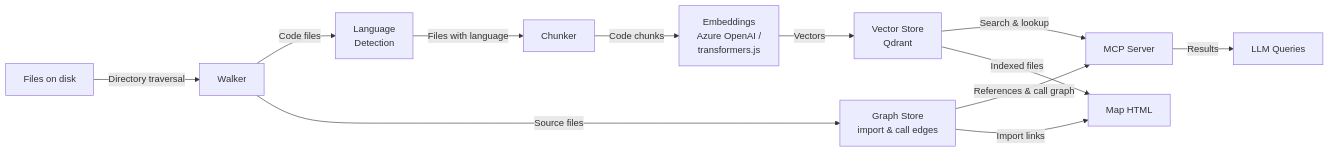
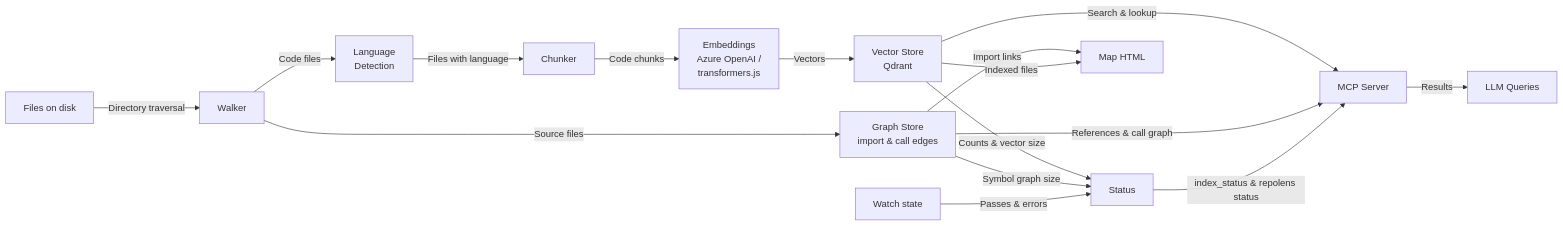
One commit to Ardit175/repolens changed the diagram in ARCHITECTURE.md. Above: the diagram before and after it, drawn with Mermaid. The commit also changed other lines of this file and 3 other files, not shown here.

Commit message:
docs: document index_status and repolens status

````diff
--- a/ARCHITECTURE.md
+++ b/ARCHITECTURE.md
@@ -25,24 +26,28 @@
 ```mermaid
 graph LR
   Files[Files on disk]
   Walker[Walker]
   Language[Language<br/>Detection]
   Chunker[Chunker]
   Embeddings[Embeddings<br/>Azure OpenAI /<br/>transformers.js]
   Store[Vector Store<br/>Qdrant]
   Graph[Graph Store<br/>import & call edges]
   MCP[MCP Server]
   LLM[LLM Queries]
 
   Files -->|Directory traversal| Walker
   Walker -->|Code files| Language
   Language -->|Files with language| Chunker
   Chunker -->|Code chunks| Embeddings
   Walker -->|Source files| Graph
   Embeddings -->|Vectors| Store
   Store -->|Search & lookup| MCP
   Graph -->|References & call graph| MCP
+  Store -->|Counts & vector size| Status[Status]
+  Graph -->|Symbol graph size| Status
+  Watcher[Watch state] -->|Passes & errors| Status
+  Status -->|index_status & repolens status| MCP
   Graph -->|Import links| Map[Map HTML]
   Store -->|Indexed files| Map
   MCP -->|Results| LLM
 ```
````
